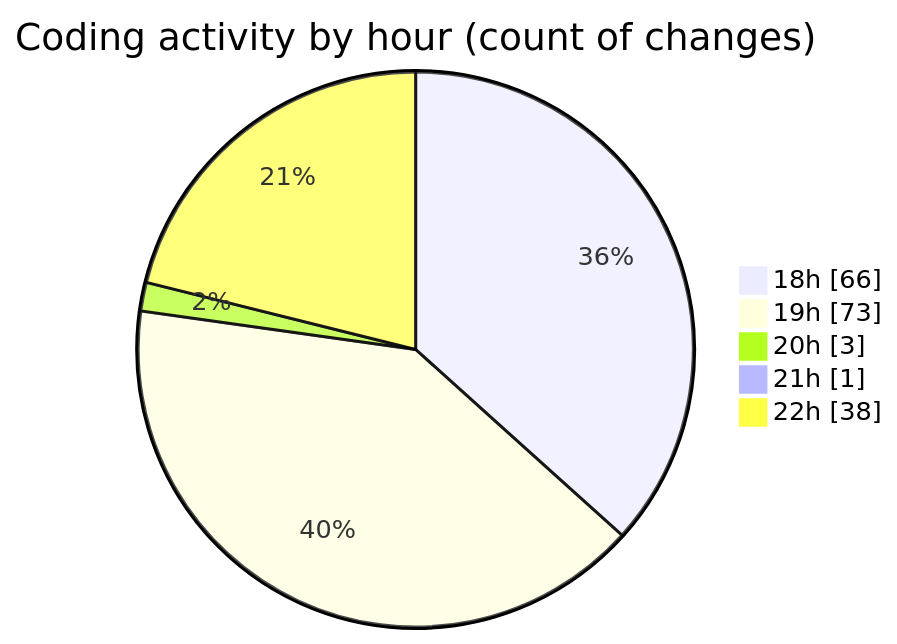
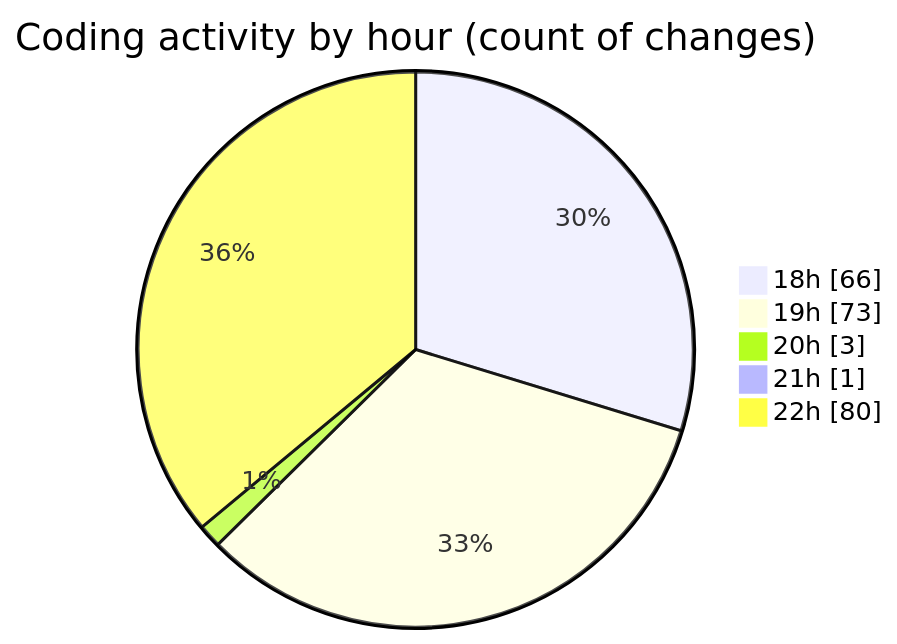
One commit to Ritupan-Deka/code-tracking changed the second of 2 diagrams in 2025-07-16/mern-workoutboard/README.md. Above: the diagram before and after it, drawn with Mermaid. The commit also changed other lines of this file and 1 other file, not shown here.

````diff
--- a/2025-07-16/mern-workoutboard/README.md
+++ b/2025-07-16/mern-workoutboard/README.md
@@ -33,9 +34,9 @@
 ```mermaid
 pie showData
 title Coding activity by hour (count of changes)
 "18h" : 66
 "19h" : 73
 "20h" : 3
 "21h" : 1
-"22h" : 38
+"22h" : 80
 ```
````
